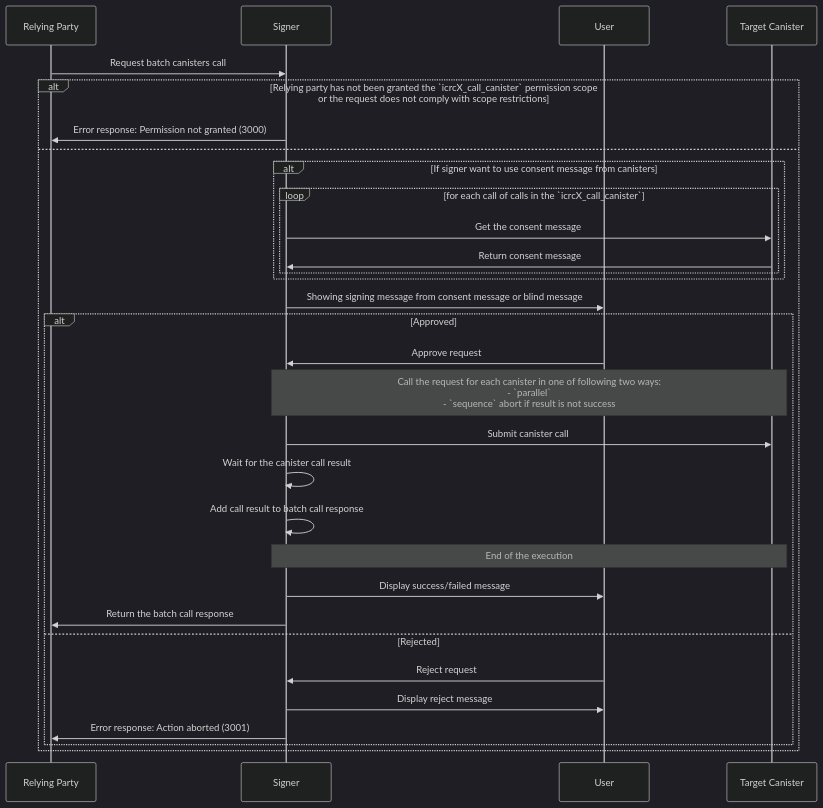
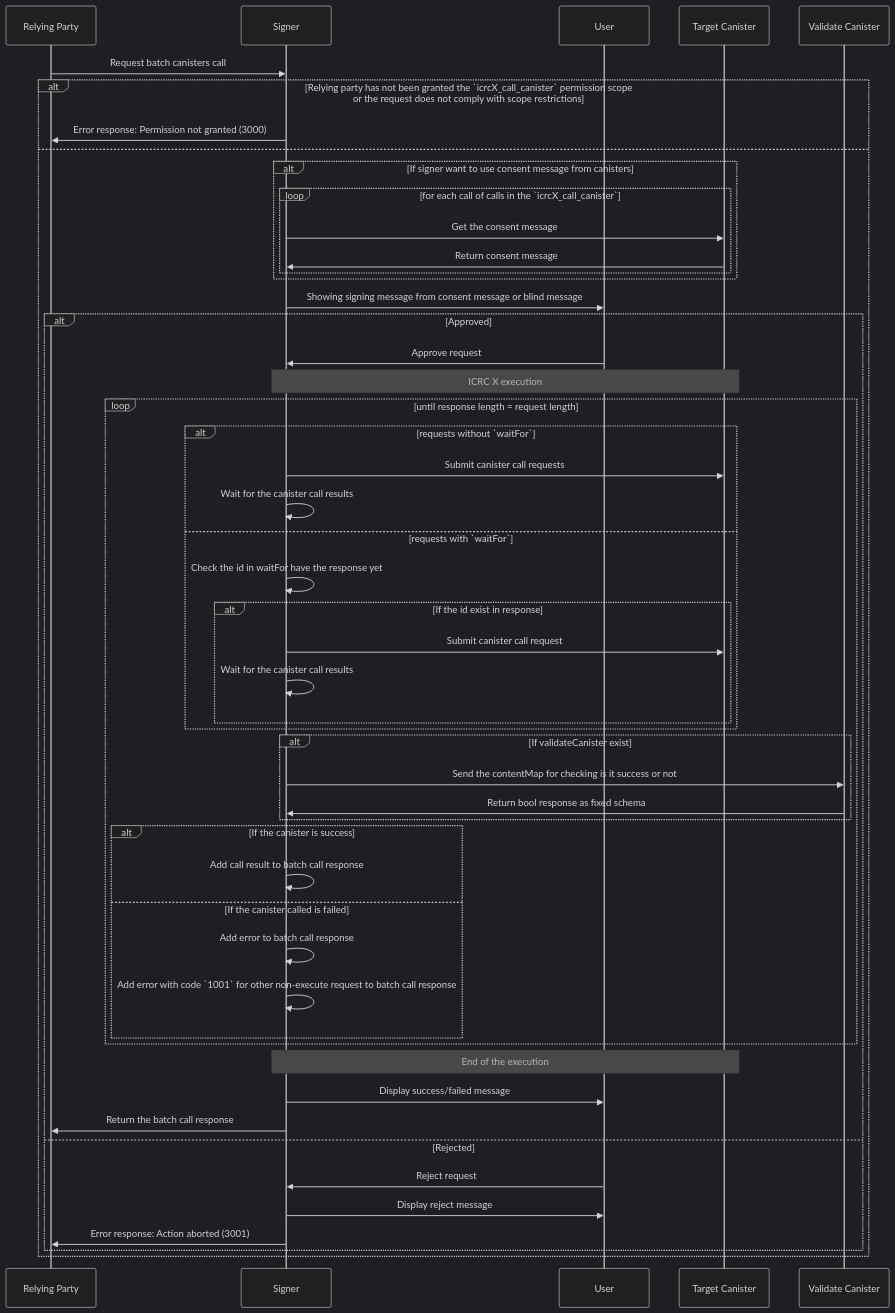
One commit to dfinity/wg-identity-authentication changed the diagram in topics/icrc_X_multiple_canister_call.md. Above: the diagram before and after it, drawn with Mermaid (dark theme). The commit also changed other lines of this file, not shown here.

````diff
--- a/topics/icrc_X_multiple_canister_call.md
+++ b/topics/icrc_X_multiple_canister_call.md
@@ -51,42 +70,64 @@
 ```mermaid
 sequenceDiagram
     participant RP as Relying Party
     participant S as Signer
     participant U as User
     participant C as Target Canister
+    participant VC as Validate Canister
 
     RP ->> S: Request batch canisters call
     alt Relying party has not been granted the `icrcX_call_canister` permission scope<br>or the request does not comply with scope restrictions
         S ->> RP: Error response: Permission not granted (3000)
     else
 
         alt If signer want to use consent message from canisters
             loop for each call of calls in the `icrcX_call_canister`
                 S ->> C: Get the consent message
                 C ->> S: Return consent message
             end
         end
 
         S ->> U: Showing signing message from consent message or blind message
 
 
         alt Approved
             U ->> S: Approve request
-            Note over S,C: Call the request for each canister in one of following two ways: <br/> - `parallel` <br /> - `sequence` abort if result is not success
-                %% this is a comment
+            Note over S,C: ICRC X execution
 
-                S ->> C: Submit canister call
-                S ->> S: Wait for the canister call result
-                S ->> S: Add call result to batch call response
+            loop until response length = request length
+                alt requests without `waitFor`
+                    S ->> C: Submit canister call requests
+                    S ->> S: Wait for the canister call results
+                else requests with `waitFor`
+                    S ->> S: Check the id in waitFor have the response yet
+                    alt If the id exist in response
+                        S ->> C: Submit canister call request
+                        S ->> S: Wait for the canister call results
+                    end
+                end
+
+                alt If validateCanister exist
+                    S ->> VC: Send the contentMap for checking is it success or not
+                    VC ->> S: Return bool response as fixed schema
+                end
+
+                alt If the canister is success
+                    S ->> S: Add call result to batch call response
+                else If the canister called is failed
+                    S ->> S: Add error to batch call response
+                    S ->> S: Add error with code `1001` for other non-execute request to batch call response
+                end
+            end
+
             Note over S,C: End of the execution
 
         S ->> U: Display success/failed message
         S ->> RP: Return the batch call response
 
         else Rejected
             U ->> S: Reject request
             S ->> U: Display reject message
             S ->> RP: Error response: Action aborted (3001)
         end
     end
 ```
````
